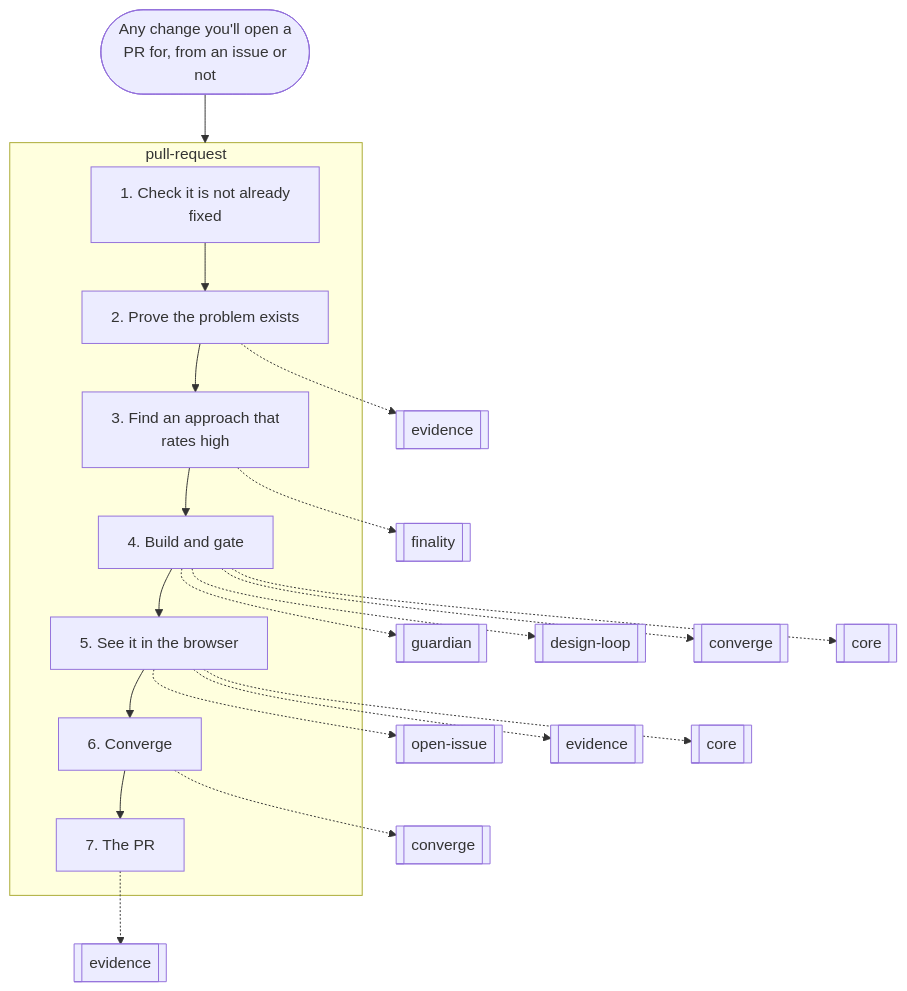
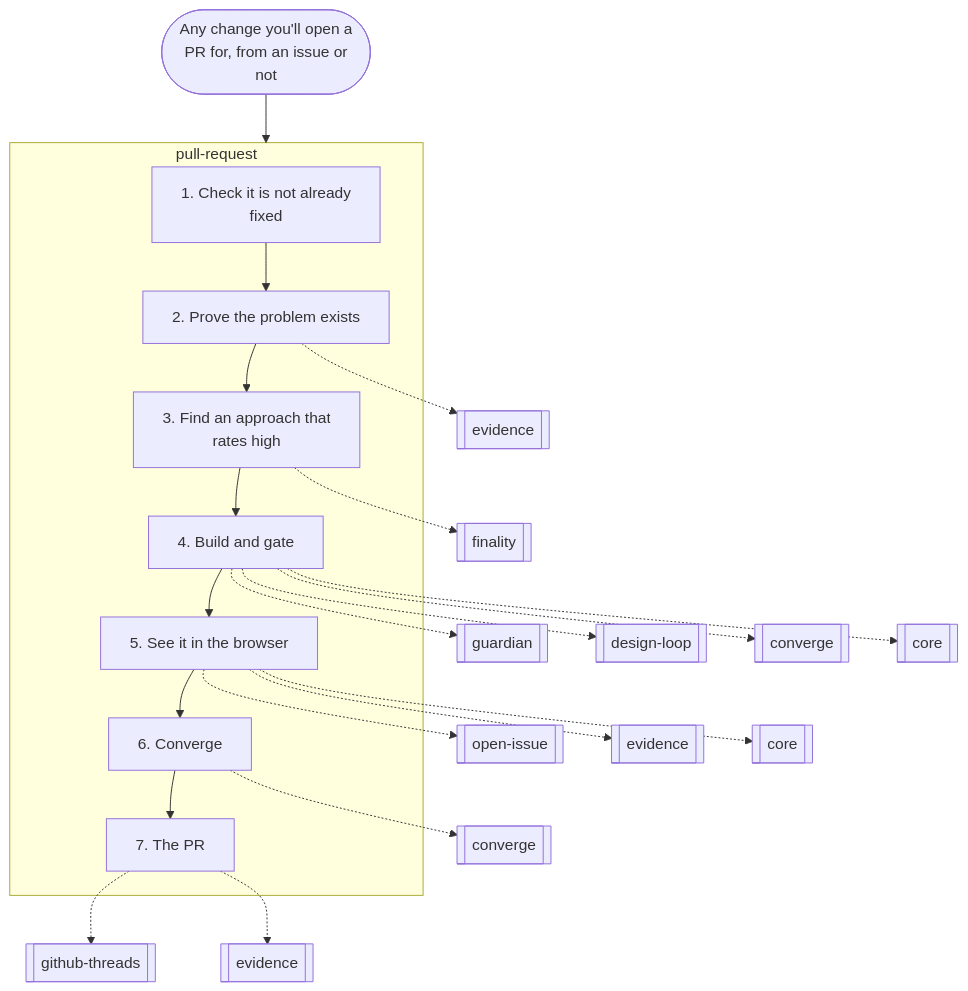
One commit to nitedani/mergeworthy changed the sixth of 16 diagrams in docs/graphs.md. Above: the diagram before and after it, drawn with Mermaid. The commit also changed other lines of this file and 2 other files, not shown here.

Commit message:
writing.md covers everything posted to GitHub; pull-request's template wins on form; fold 'Before posting' into drafting

````diff
--- a/docs/graphs.md
+++ b/docs/graphs.md
@@ -176,31 +176,32 @@
 ```mermaid
 flowchart TB
   start(["Any change you'll open a<br/>PR for, from an issue or<br/>not"])
   subgraph g0["pull-request"]
     s0["1. Check it is not already<br/>fixed"]
     s1["2. Prove the problem exists"]
     s0 --> s1
     s2["3. Find an approach that<br/>rates high"]
     s1 --> s2
     s3["4. Build and gate"]
     s2 --> s3
     s4["5. See it in the browser"]
     s3 --> s4
     s5["6. Converge"]
     s4 --> s5
     s6["7. The PR"]
     s5 --> s6
   end
   s1 -.-> r1[["evidence"]]
   s2 -.-> r2[["finality"]]
   s3 -.-> r3[["guardian"]]
   s3 -.-> r4[["design-loop"]]
   s3 -.-> r5[["converge"]]
   s3 -.-> r6[["core"]]
   s4 -.-> r7[["open-issue"]]
   s4 -.-> r8[["evidence"]]
   s4 -.-> r9[["core"]]
   s5 -.-> r10[["converge"]]
-  s6 -.-> r11[["evidence"]]
+  s6 -.-> r11[["github-threads"]]
+  s6 -.-> r12[["evidence"]]
   start --> g0
 ```
````
